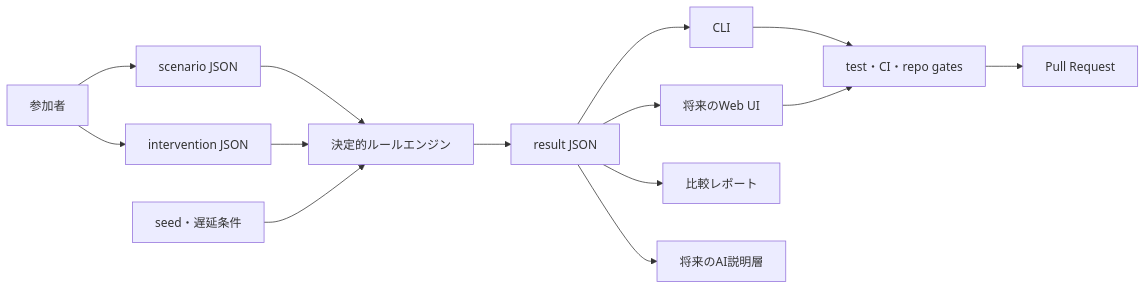
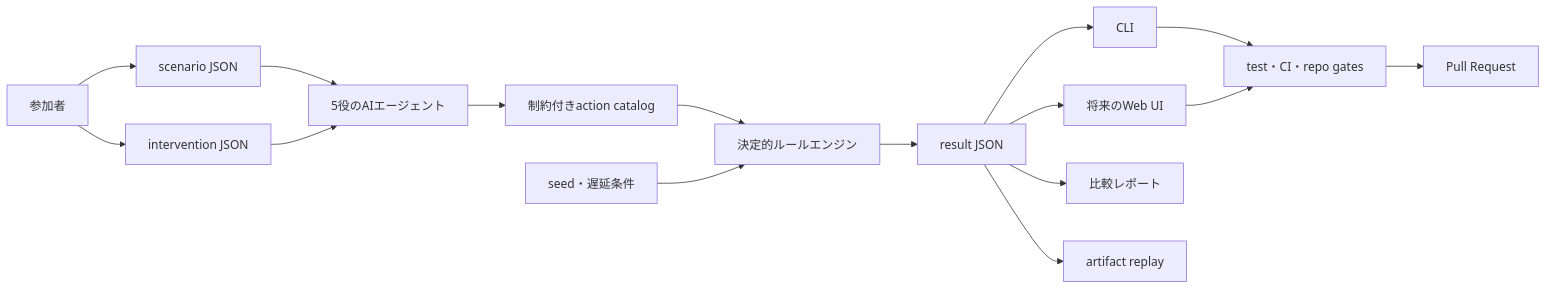
One commit to nexus-ai-2045/fiction-forks changed the diagram in docs/architecture.md. Above: the diagram before and after it, drawn with Mermaid. The commit also changed other lines of this file and 25 other files, not shown here.

````diff
--- a/docs/architecture.md
+++ b/docs/architecture.md
@@ -7,16 +7,18 @@
 ```mermaid
 flowchart LR
     contributor["参加者"] --> scenario["scenario JSON"]
     contributor --> intervention["intervention JSON"]
-    scenario --> engine["決定的ルールエンジン"]
-    intervention --> engine
+    scenario --> agents["5役のAIエージェント"]
+    intervention --> agents
+    agents --> catalog["制約付きaction catalog"]
+    catalog --> engine["決定的ルールエンジン"]
     seed["seed・遅延条件"] --> engine
     engine --> result["result JSON"]
     result --> cli["CLI"]
     result --> web["将来のWeb UI"]
     result --> report["比較レポート"]
-    result --> ai["将来のAI説明層"]
+    result --> replay["artifact replay"]
     cli --> checks["test・CI・repo gates"]
     web --> checks
     checks --> pullRequest["Pull Request"]
 ```
````
